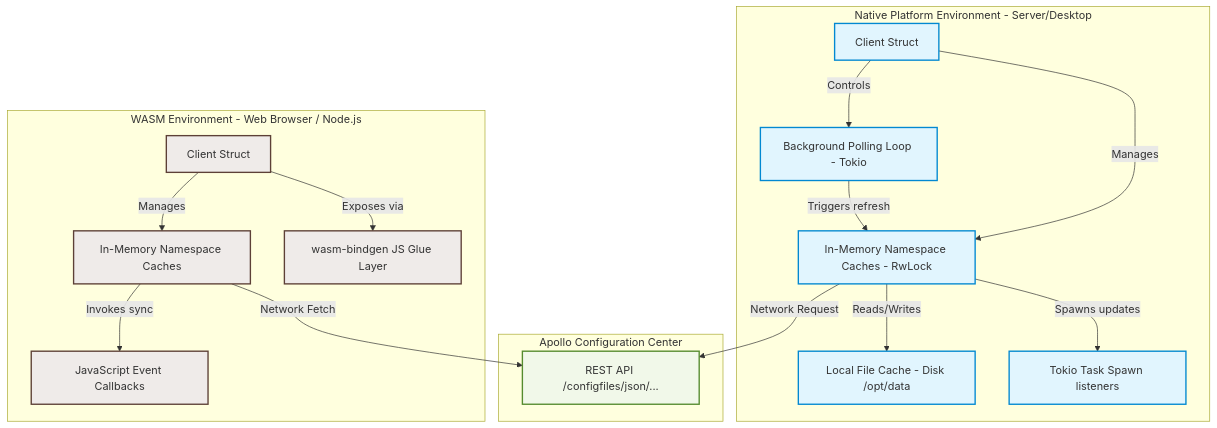
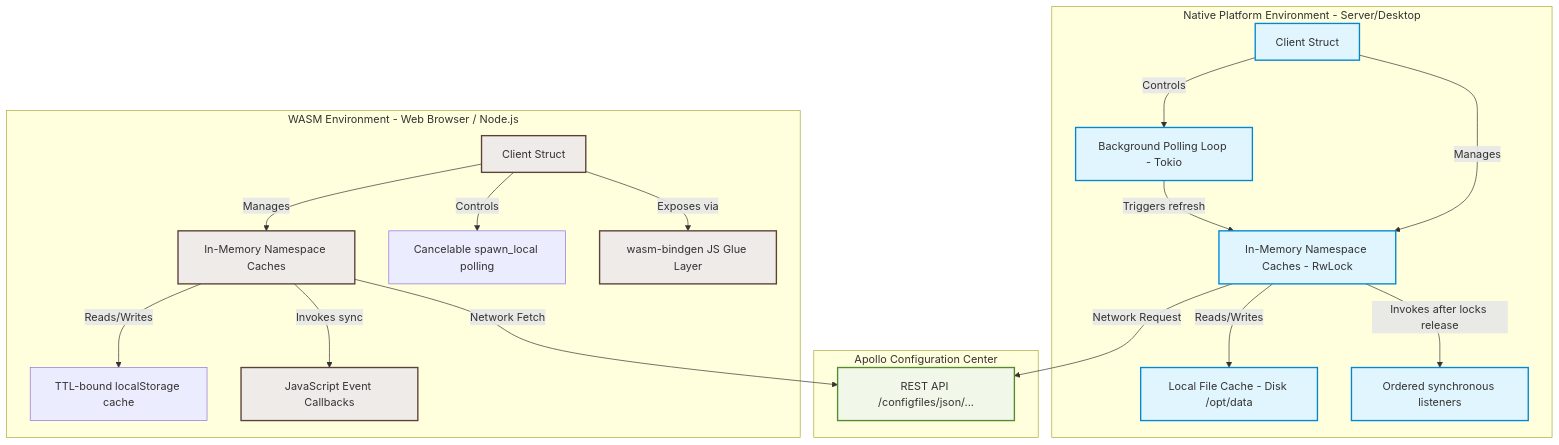
Before and after one commit to qqiao/apollo-rust-client: the diagram in specs/architectural_design.md, drawn with Mermaid. The commit also changed other lines of this file and 53 other files, not shown here.

````diff
--- a/specs/architectural_design.md
+++ b/specs/architectural_design.md
@@ -11,42 +11,46 @@
 ```mermaid
 graph TD
     %% Define Nodes
     subgraph ApolloServer [Apollo Configuration Center]
         ServerPort[REST API /configfiles/json/...]
     end
 
     subgraph NativeEnv [Native Platform Environment - Server/Desktop]
         ClientNative[Client Struct]
         BgWorker[Background Polling Loop - Tokio]
         FileCache[Local File Cache - Disk /opt/data]
         MemCacheNative[In-Memory Namespace Caches - RwLock]
-        ListenerTasks[Tokio Task Spawn listeners]
+        ListenerTasks[Ordered synchronous listeners]
 
         ClientNative -->|Manages| MemCacheNative
         ClientNative -->|Controls| BgWorker
         BgWorker -->|Triggers refresh| MemCacheNative
         MemCacheNative -->|Reads/Writes| FileCache
         MemCacheNative -->|Network Request| ServerPort
-        MemCacheNative -->|Spawns updates| ListenerTasks
+        MemCacheNative -->|Invokes after locks release| ListenerTasks
     end
 
     subgraph WasmEnv [WASM Environment - Web Browser / Node.js]
         ClientWasm[Client Struct]
         MemCacheWasm[In-Memory Namespace Caches]
+        LocalStorage[TTL-bound localStorage cache]
+        BgWorkerWasm[Cancelable spawn_local polling]
         JsInterop[wasm-bindgen JS Glue Layer]
         JsCallbacks[JavaScript Event Callbacks]
 
         ClientWasm -->|Manages| MemCacheWasm
+        ClientWasm -->|Controls| BgWorkerWasm
+        MemCacheWasm -->|Reads/Writes| LocalStorage
         ClientWasm -->|Exposes via| JsInterop
         MemCacheWasm -->|Network Fetch| ServerPort
         MemCacheWasm -->|Invokes sync| JsCallbacks
     end
 
     %% Styles
     classDef native fill:#e1f5fe,stroke:#0288d1,stroke-width:2px;
     classDef wasm fill:#efebe9,stroke:#5d4037,stroke-width:2px;
     classDef server fill:#f1f8e9,stroke:#558b2f,stroke-width:2px;
     class ClientNative,BgWorker,FileCache,MemCacheNative,ListenerTasks native;
     class ClientWasm,MemCacheWasm,JsInterop,JsCallbacks wasm;
     class ServerPort server;
 ```
````
